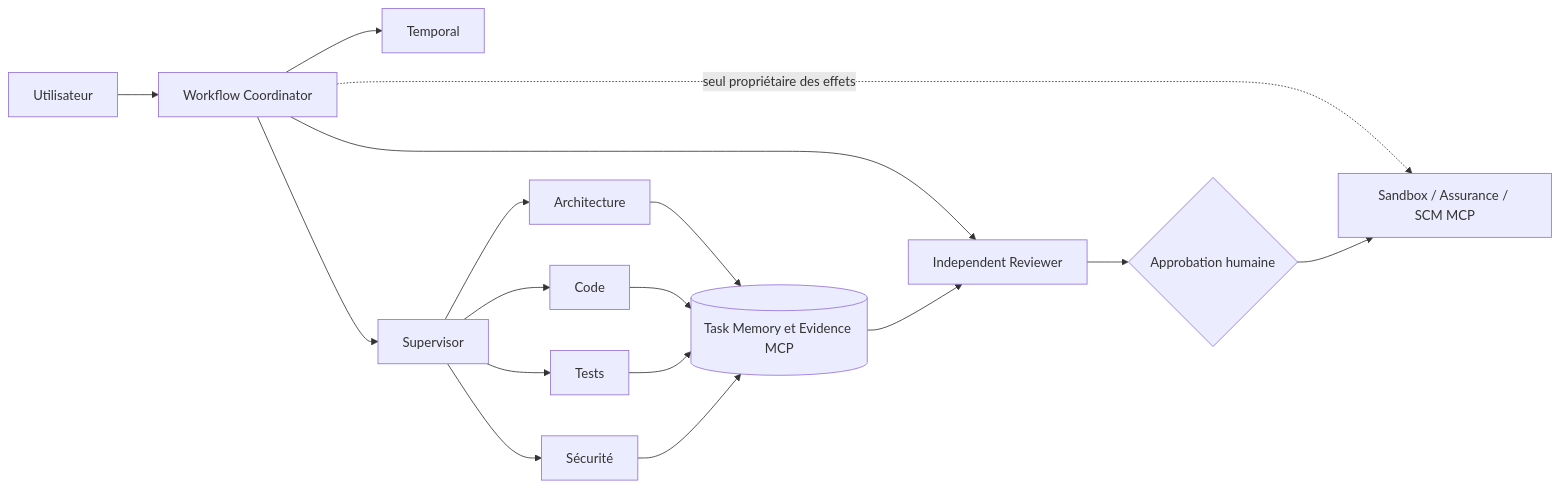
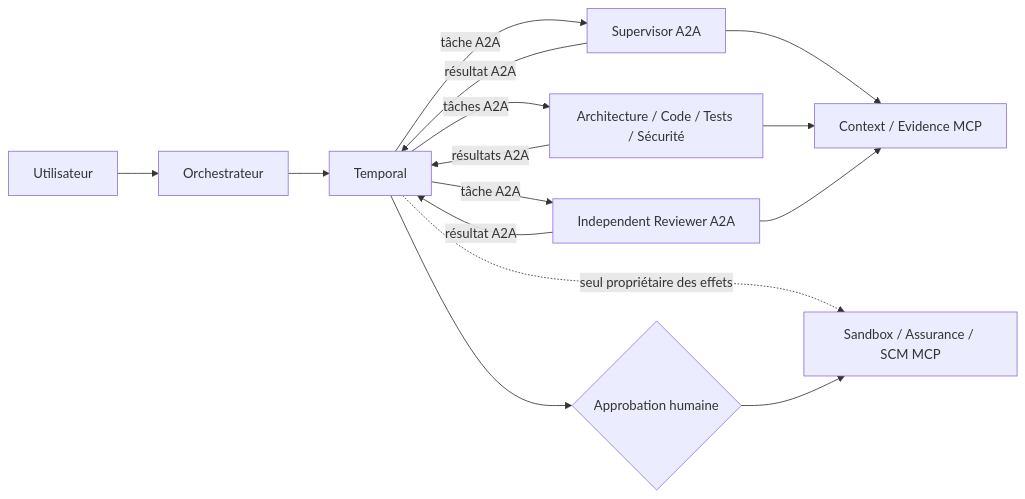
One commit to dbeaumont/ai-software-factory-local changed the first of 4 diagrams in README.md. Above: the diagram before and after it, drawn with Mermaid. The commit also changed other lines of this file and 2 other files, not shown here.

````diff
--- a/README.md
+++ b/README.md
@@ -71,19 +72,17 @@
 ```mermaid
 flowchart LR
-  U[Utilisateur] --> W[Workflow Coordinator]
-  W --> TP[Temporal]
-  W --> S[Supervisor]
-  S --> A[Architecture]
-  S --> C[Code]
-  S --> T[Tests]
-  S --> X[Sécurité]
-  W --> R[Independent Reviewer]
-  A --> M[(Task Memory et Evidence MCP)]
-  C --> M
-  T --> M
-  X --> M
-  M --> R
-  W -. seul propriétaire des effets .-> G[Sandbox / Assurance / SCM MCP]
-  R --> H{Approbation humaine}
+  U[Utilisateur] --> O[Orchestrateur]
+  O --> T[Temporal]
+  T -->|tâche A2A| S[Supervisor A2A]
+  T -->|tâches A2A| A[Architecture / Code / Tests / Sécurité]
+  T -->|tâche A2A| R[Independent Reviewer A2A]
+  S -->|résultat A2A| T
+  A -->|résultats A2A| T
+  R -->|résultat A2A| T
+  S --> M[Context / Evidence MCP]
+  A --> M
+  R --> M
+  T -. seul propriétaire des effets .-> G[Sandbox / Assurance / SCM MCP]
+  T --> H{Approbation humaine}
   H --> G
 ```
````
